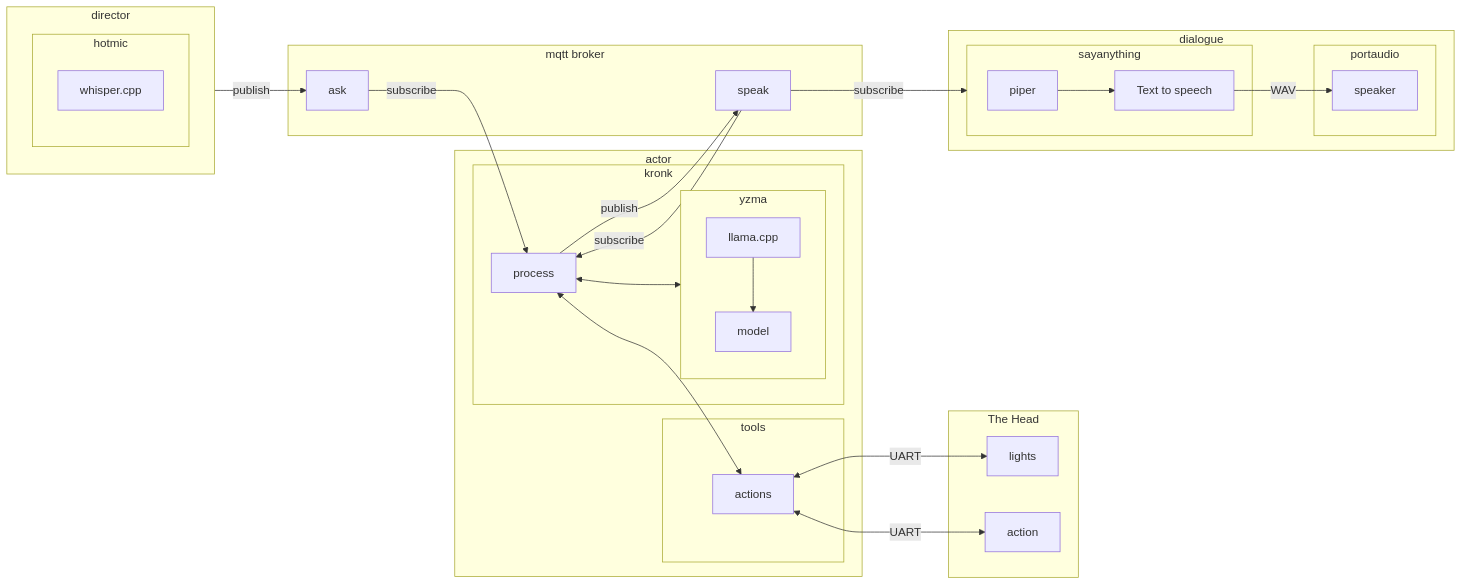
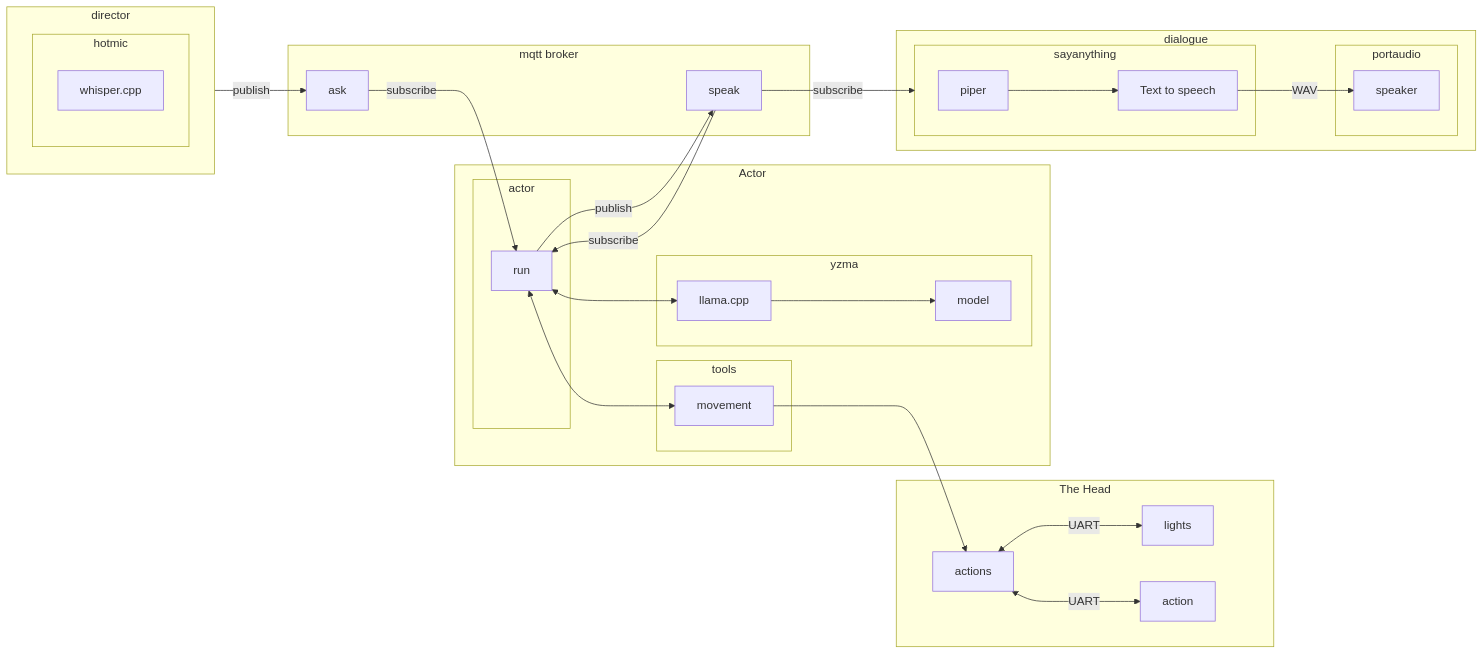
Before and after one commit to deadprogram/talkingheads: the sixth of 6 diagrams in README.md, drawn with Mermaid. The commit also changed other lines of this file, not shown here.

Commit message:
docs: update diagram and other useful information

````diff
--- a/README.md
+++ b/README.md
@@ -130,43 +129,43 @@
 ```mermaid
 flowchart LR
 subgraph mqtt broker
     ask
     speak
 end
-subgraph actor
-    subgraph kronk
-        process<-->yzma
-    end
-    subgraph tools
-        process<-->actions
-        actions
-    end
-    subgraph yzma
-        llama.cpp
-        llama.cpp-->model
-    end
-    ask-- subscribe -->process
-    process-- publish -->speak
-    speak-- subscribe -->process
-end
 subgraph The Head
     actions<-- UART -->lights
     actions<-- UART -->action
+end
+subgraph Actor
+    subgraph actor
+        run
+    end
+    subgraph tools
+        run<-->movement
+        movement-->actions
+    end
+    subgraph yzma
+        run<-->llama.cpp
+        llama.cpp-->model
+    end
+    ask-- subscribe -->run
+    run-- publish -->speak
+    speak-- subscribe -->run
 end
 subgraph dialogue
     speak-- subscribe -->sayanything
     subgraph sayanything
         piper-->tts[Text to speech]
     end
     subgraph portaudio
         tts-- WAV -->speaker
     end
 end
 subgraph director
     hotmic
 end
 subgraph hotmic
     whisper.cpp
 end
 director -- publish --> ask
 ```
````
